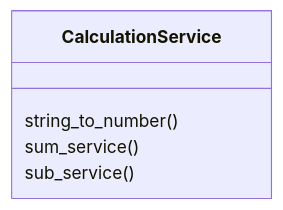
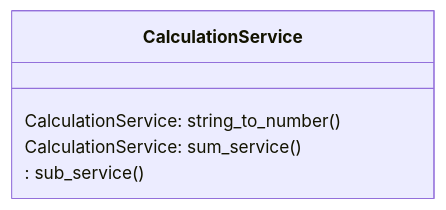
The diagram in dokumentaatio/arkkitehtuuri.md (n0spoon/ot-harjoitustyo), drawn with Mermaid before and after one commit.

````diff
--- a/dokumentaatio/arkkitehtuuri.md
+++ b/dokumentaatio/arkkitehtuuri.md
@@ -13,8 +13,8 @@
 ```mermaid
  classDiagram
      class CalculationService{
-}
      CalculationService: string_to_number()
      CalculationService: sum_service()
-     CalculationService: sub_service()
+     : sub_service()
+}
 ```
````
